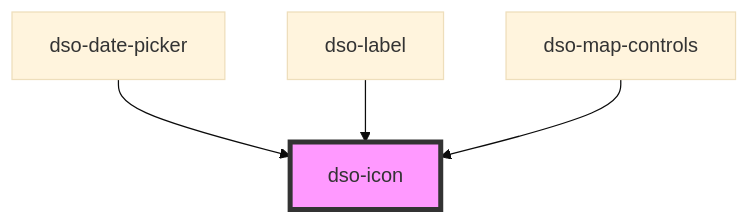
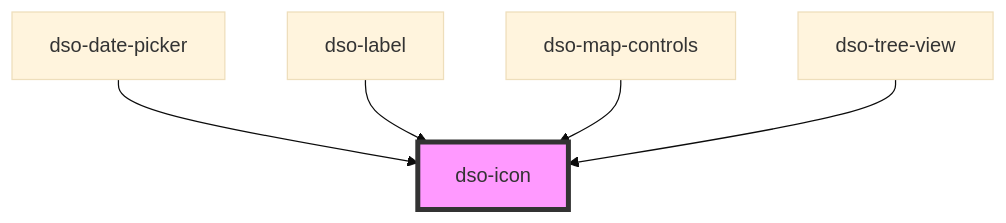
One commit to dso-toolkit/dso-toolkit changed the diagram in packages/core/src/components/icon/readme.md. Above: the diagram before and after it, drawn with Mermaid (base theme). The commit also changed other lines of this file and 4 other files, not shown here.

Commit message:
#552 Tree view web-component: integration tests

````diff
--- a/packages/core/src/components/icon/readme.md
+++ b/packages/core/src/components/icon/readme.md
@@ -24,7 +25,8 @@
 ```mermaid
 graph TD;
   dso-date-picker --> dso-icon
   dso-label --> dso-icon
   dso-map-controls --> dso-icon
+  dso-tree-view --> dso-icon
   style dso-icon fill:#f9f,stroke:#333,stroke-width:4px
 ```
````
